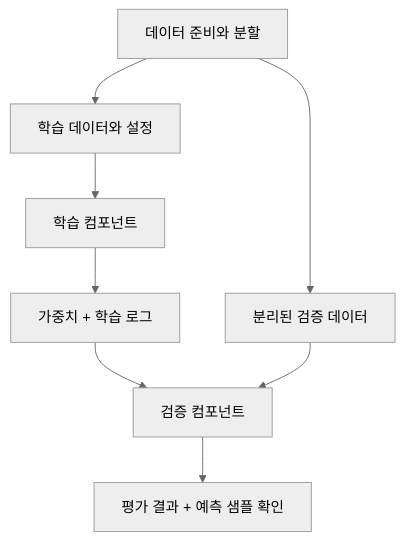
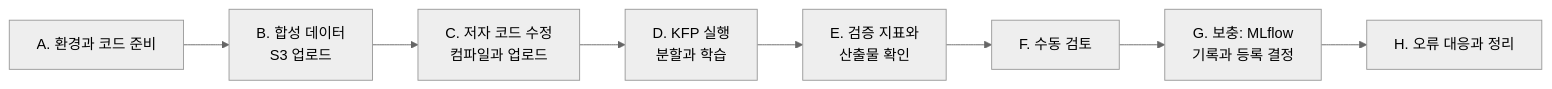
One commit to johklo/johklo.github.io changed the third of 3 diagrams in content/docs/tech/machine-learning-platform-engineering/08-training-and-validation-1.md. Above: the diagram before and after it, drawn with Mermaid (neutral theme). The commit also changed other lines of this file and 20 other files, not shown here.

````diff
--- a/content/docs/tech/machine-learning-platform-engineering/08-training-and-validation-1.md
+++ b/content/docs/tech/machine-learning-platform-engineering/08-training-and-validation-1.md
@@ -20,12 +225,12 @@
 ```mermaid
-flowchart TD
-    accTitle: 학습 실행과 독립적인 모델 검증
-    accDescr: 분할한 학습 데이터로 모델을 만들고 가중치와 로그를 저장한다. 별도 검증 데이터로 평가하고 예측 샘플을 확인한다.
-    A["데이터 준비와 분할"] --> T["학습 데이터와 설정"]
-    A --> V["분리된 검증 데이터"]
-    T --> B["학습 컴포넌트"]
-    B --> C["가중치 + 학습 로그"]
-    C --> D["검증 컴포넌트"]
-    V --> D
-    D --> E["평가 결과 + 예측 샘플 확인"]
+flowchart LR
+    accTitle: 책 8장을 따라가는 실습 순서
+    accDescr: 환경과 저자 코드를 준비하고 합성 데이터를 S3에 올린다. 저자 파이프라인을 고쳐 컴파일하고 KFP에 올려 실행한다. 학습과 검증 결과를 확인한 뒤 가중치를 내려받아 수동 검토하고, 보충으로 MLflow에 기록하고 등록 결정을 남긴 뒤 정리한다.
+    A["A. 환경과 코드 준비"] --> B["B. 합성 데이터<br/>S3 업로드"]
+    B --> C["C. 저자 코드 수정<br/>컴파일과 업로드"]
+    C --> D["D. KFP 실행<br/>분할과 학습"]
+    D --> E["E. 검증 지표와<br/>산출물 확인"]
+    E --> F["F. 수동 검토"]
+    F --> G["G. 보충: MLflow<br/>기록과 등록 결정"]
+    G --> H["H. 오류 대응과 정리"]
 ```
````
